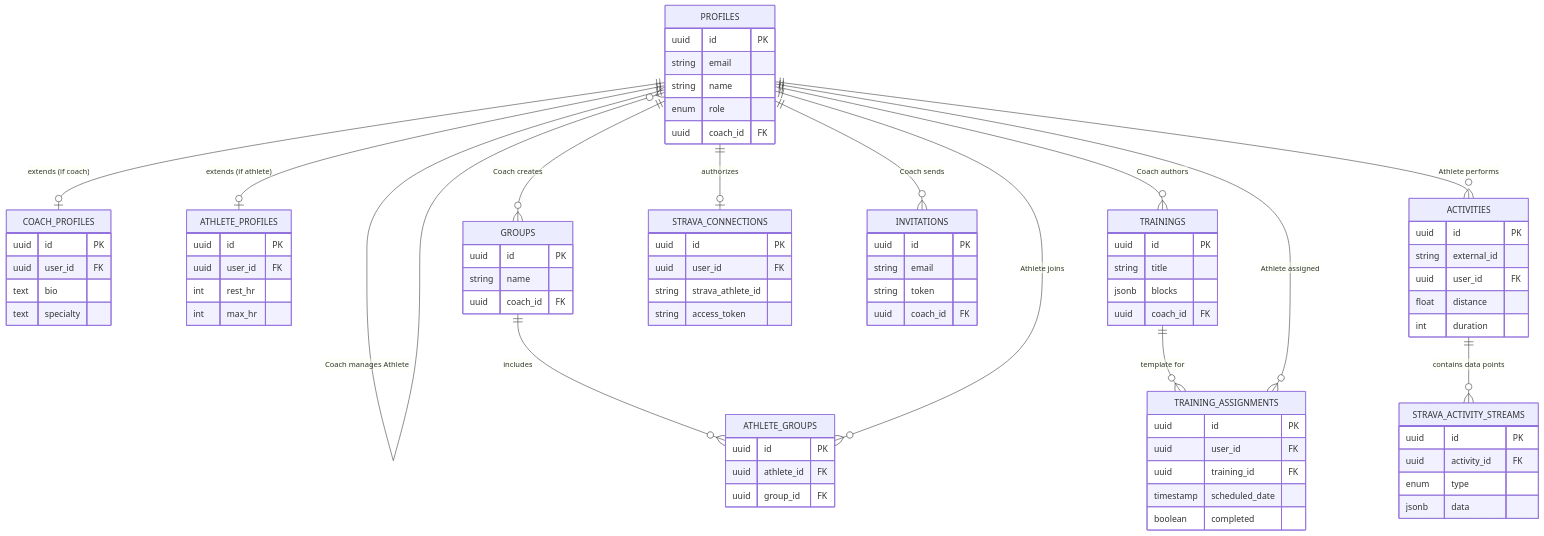
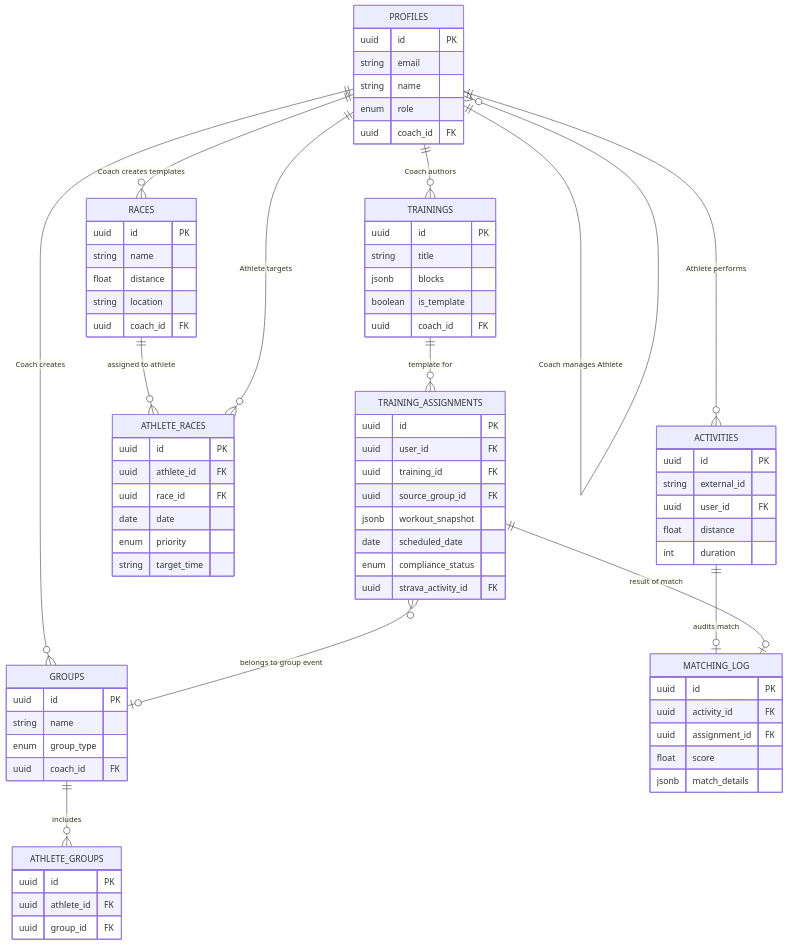
One commit to santiruffino/CoachHub-Running changed the diagram in documentation/models_and_relations.md. Above: the diagram before and after it, drawn with Mermaid. The commit also changed other lines of this file and 19 other files, not shown here.

Commit message:
Added GroupWeeklyCalendar and ZoneComplianceCard components, implemented activity compliance API, and integrated group training calendar with tabs in the group detail page.

````diff
--- a/documentation/models_and_relations.md
+++ b/documentation/models_and_relations.md
@@ -17,24 +17,11 @@
         uuid coach_id FK
     }
 
-    COACH_PROFILES {
-        uuid id PK
-        uuid user_id FK
-        text bio
-        text specialty
-    }
-
-    ATHLETE_PROFILES {
-        uuid id PK
-        uuid user_id FK
-        int rest_hr
-        int max_hr
-    }
-
     %% Grouping
     GROUPS {
         uuid id PK
         string name
+        enum group_type
         uuid coach_id FK
     }
 
@@ -49,6 +36,7 @@
         uuid id PK
         string title
         jsonb blocks
+        boolean is_template
         uuid coach_id FK
     }
 
@@ -56,8 +44,29 @@
         uuid id PK
         uuid user_id FK
         uuid training_id FK
-        timestamp scheduled_date
-        boolean completed
+        uuid source_group_id FK
+        jsonb workout_snapshot
+        date scheduled_date
+        enum compliance_status
+        uuid strava_activity_id FK
+    }
+
+    %% Race Management
+    RACES {
+        uuid id PK
+        string name
+        float distance
+        string location
+        uuid coach_id FK
+    }
+
+    ATHLETE_RACES {
+        uuid id PK
+        uuid athlete_id FK
+        uuid race_id FK
+        date date
+        enum priority
+        string target_time
     }
 
     %% External Data
@@ -69,44 +78,28 @@
         int duration
     }
 
-    STRAVA_ACTIVITY_STREAMS {
+    MATCHING_LOG {
         uuid id PK
         uuid activity_id FK
-        enum type
-        jsonb data
-    }
-
-    STRAVA_CONNECTIONS {
-        uuid id PK
-        uuid user_id FK
-        string strava_athlete_id
-        string access_token
-    }
-
-    INVITATIONS {
-        uuid id PK
-        string email
-        string token
-        uuid coach_id FK
+        uuid assignment_id FK
+        float score
+        jsonb match_details
     }
 
     %% Relationships
-    PROFILES ||--o| COACH_PROFILES : "extends (if coach)"
-    PROFILES ||--o| ATHLETE_PROFILES : "extends (if athlete)"
-    
     PROFILES ||--o{ PROFILES : "Coach manages Athlete"
-    
     PROFILES ||--o{ GROUPS : "Coach creates"
     GROUPS ||--o{ ATHLETE_GROUPS : "includes"
-    PROFILES ||--o{ ATHLETE_GROUPS : "Athlete joins"
     
     PROFILES ||--o{ TRAININGS : "Coach authors"
     TRAININGS ||--o{ TRAINING_ASSIGNMENTS : "template for"
-    PROFILES ||--o{ TRAINING_ASSIGNMENTS : "Athlete assigned"
+    TRAINING_ASSIGNMENTS }o--o| GROUPS : "belongs to group event"
     
     PROFILES ||--o{ ACTIVITIES : "Athlete performs"
-    ACTIVITIES ||--o{ STRAVA_ACTIVITY_STREAMS : "contains data points"
+    ACTIVITIES ||--o| MATCHING_LOG : "audits match"
+    TRAINING_ASSIGNMENTS ||--o| MATCHING_LOG : "result of match"
     
-    PROFILES ||--o| STRAVA_CONNECTIONS : "authorizes"
-    PROFILES ||--o{ INVITATIONS : "Coach sends"
+    PROFILES ||--o{ RACES : "Coach creates templates"
+    RACES ||--o{ ATHLETE_RACES : "assigned to athlete"
+    PROFILES ||--o{ ATHLETE_RACES : "Athlete targets"
 ```
````
